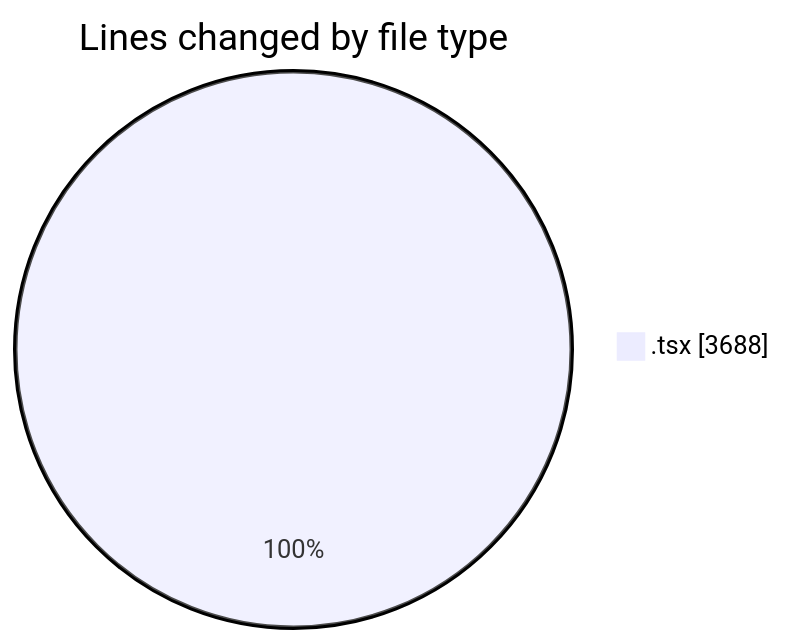
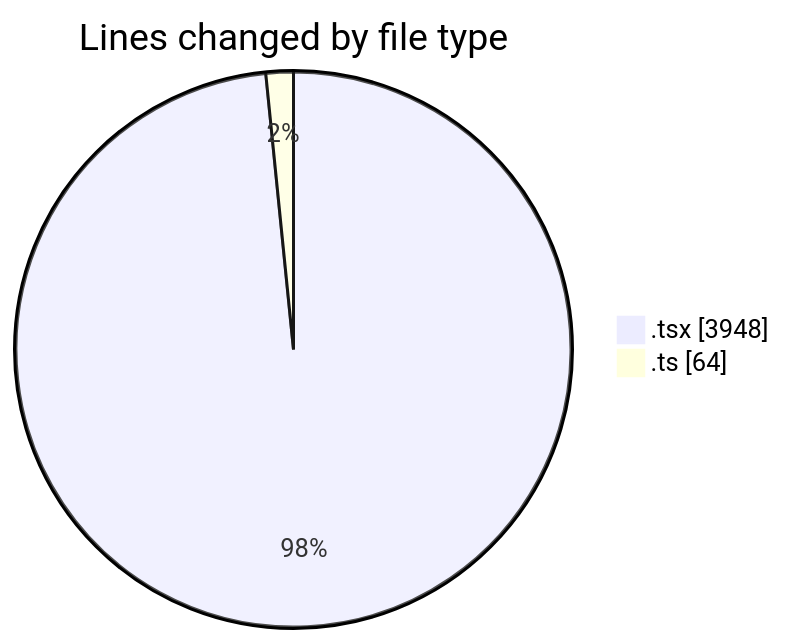
The first of 2 diagrams in 2026-04-09/airfeed-analytics-dashboard/README.md (nxtqubesakshisongat/code-tracking), drawn with Mermaid before and after one commit. The commit also changed other lines of this file and 1 other file, not shown here.

````diff
--- a/2026-04-09/airfeed-analytics-dashboard/README.md
+++ b/2026-04-09/airfeed-analytics-dashboard/README.md
@@ -30,5 +34,6 @@
 ```mermaid
 pie showData
 title Lines changed by file type
-".tsx" : 3688
+".tsx" : 3948
+".ts" : 64
 ```
````
